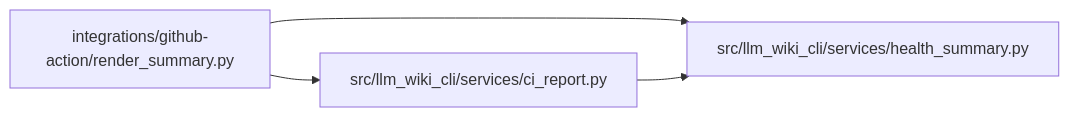
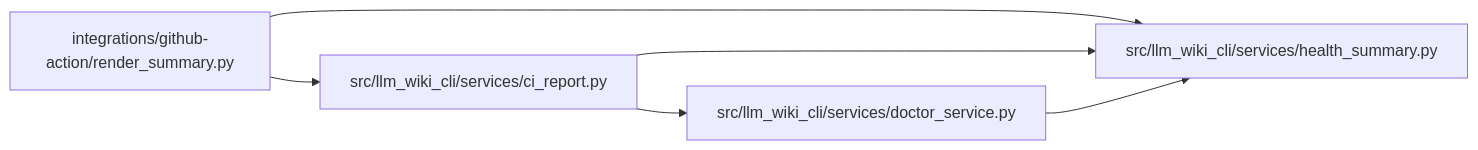
One commit to Denissvgn/python-wiki-llm changed the diagram in docs/llm_wiki/modules/health_summary.md. Above: the diagram before and after it, drawn with Mermaid. The commit also changed other lines of this file and 387 other files, not shown here.

````diff
--- a/docs/llm_wiki/modules/health_summary.md
+++ b/docs/llm_wiki/modules/health_summary.md
@@ -20,12 +20,16 @@
 ```mermaid
 flowchart LR
     n0["integrations/github-action/render_summary.py"]
     n1["src/llm_wiki_cli/services/ci_report.py"]
-    n2["src/llm_wiki_cli/services/health_summary.py"]
+    n2["src/llm_wiki_cli/services/doctor_service.py"]
+    n3["src/llm_wiki_cli/services/health_summary.py"]
     n0 --> n1
-    n0 --> n2
+    n0 --> n3
     n1 --> n2
+    n1 --> n3
+    n2 --> n3
     click n0 "../modules/render_summary.md"
     click n1 "../modules/ci_report.md"
-    click n2 "../modules/health_summary.md"
+    click n2 "../modules/doctor_service.md"
+    click n3 "../modules/health_summary.md"
 ```
````
